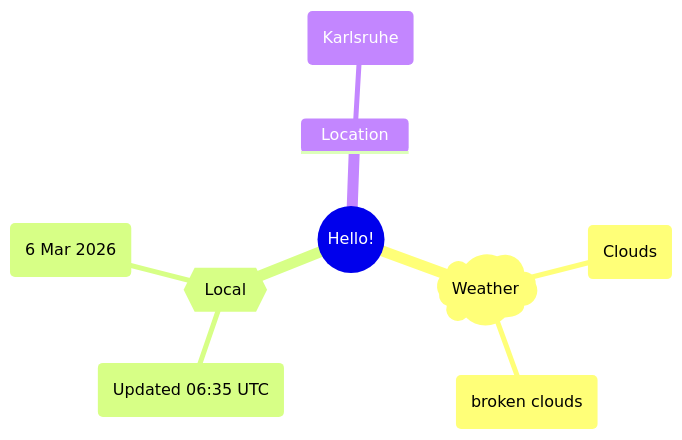
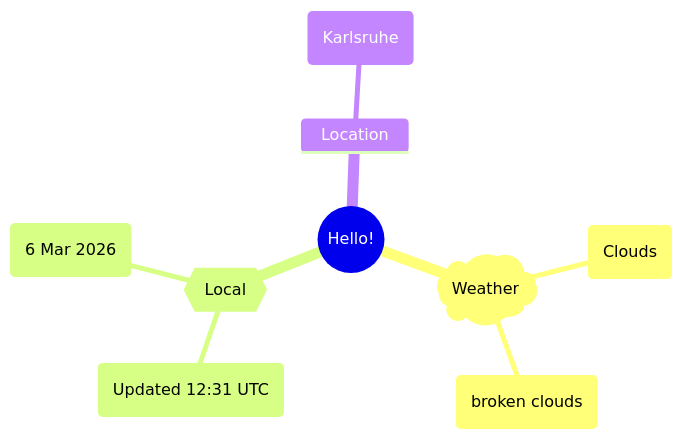
The first of 2 diagrams in README.md (Xosrov/Xosrov), drawn with Mermaid before and after one commit.

Commit message:
[bot] updated images

````diff
--- a/README.md
+++ b/README.md
@@ -3,12 +3,12 @@
 ```mermaid
 mindmap
   root((Hello!))
     )Weather(
         (Clouds)
         (broken clouds)
     {{Local}}
-        (Updated 06:35 UTC)
+        (Updated 12:31 UTC)
         (6 Mar 2026)
     Location
         (Karlsruhe)
 ```
````
